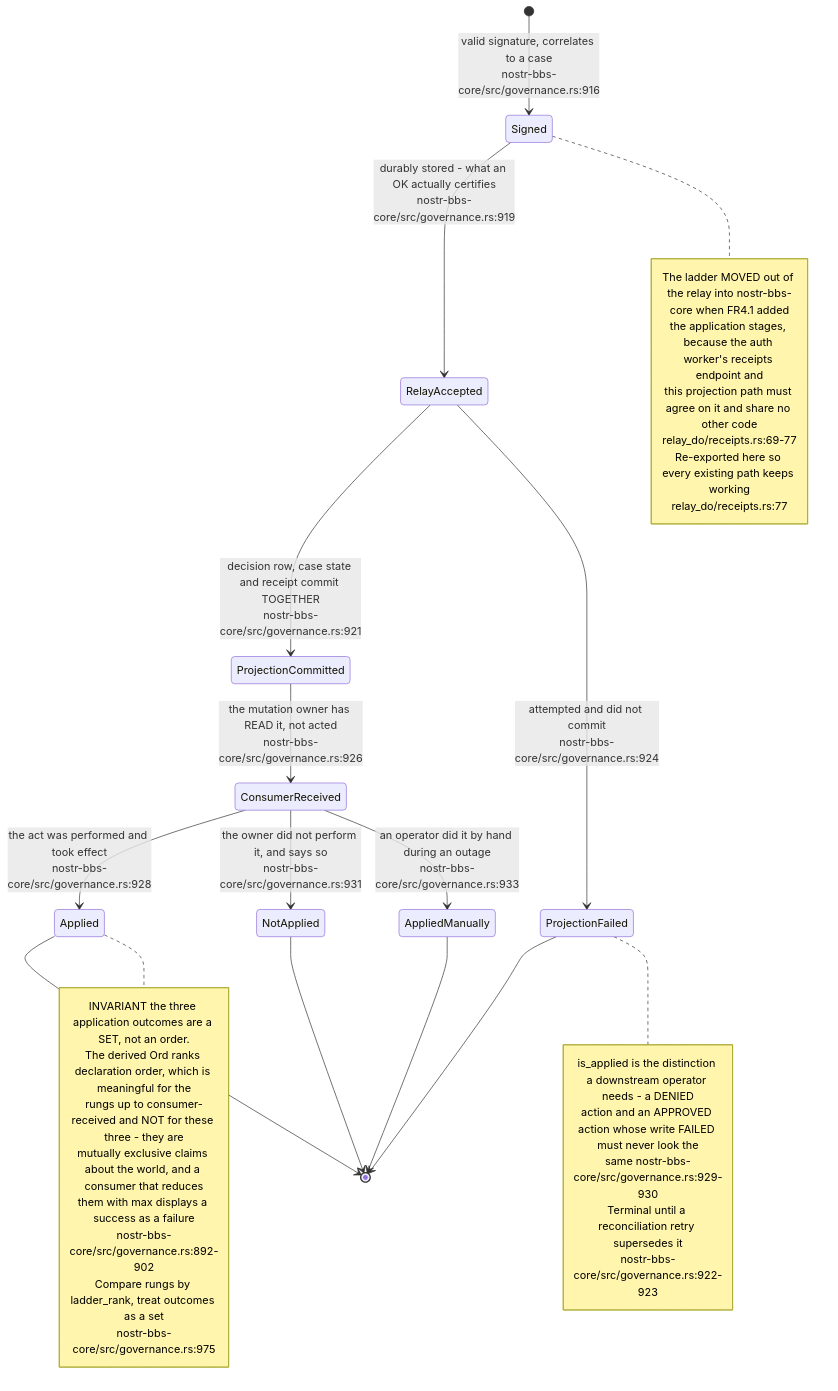
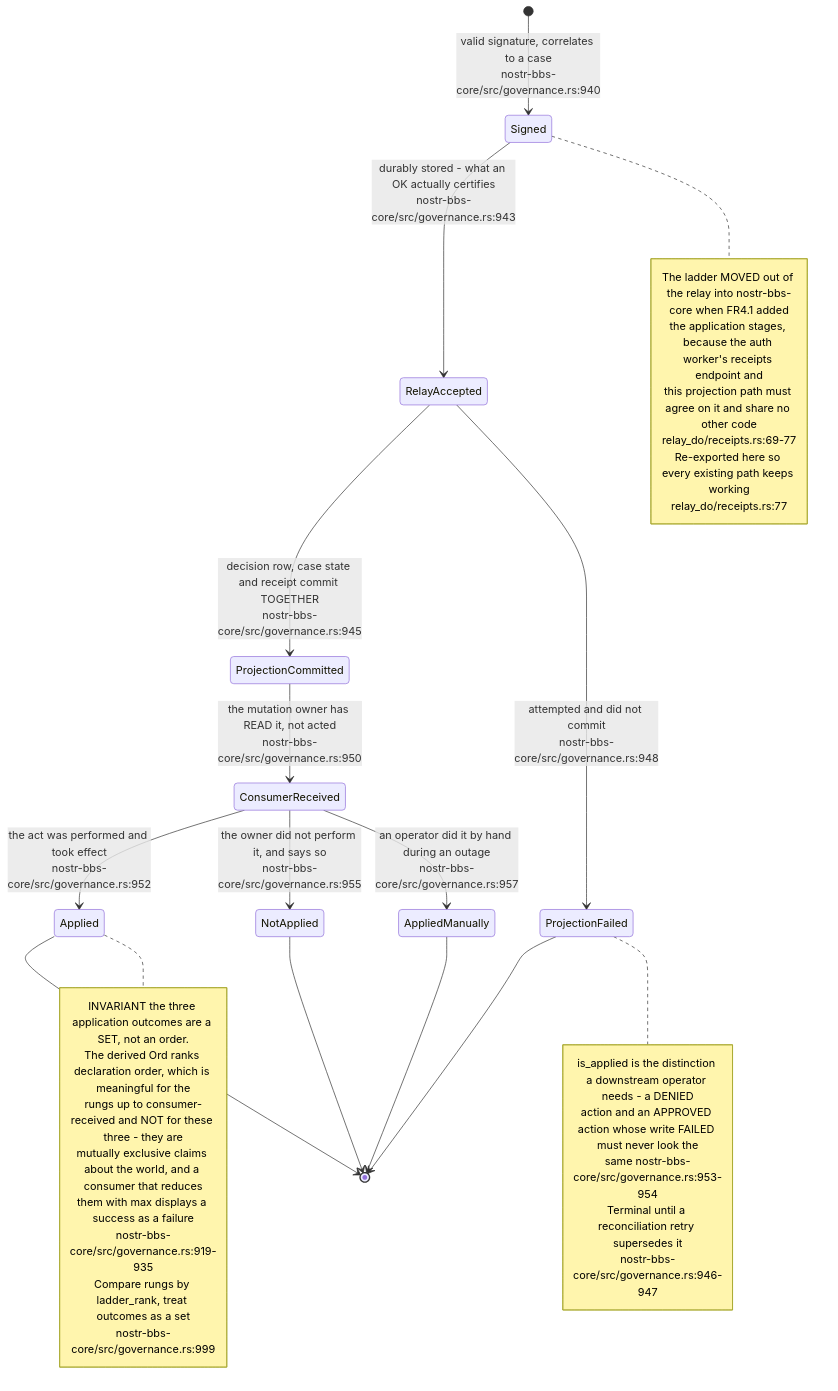
Before and after one commit to DreamLab-AI/VisionFlow: the eighth of 16 diagrams in docs/diagrams/nostr-rust-forum/11-relay-durable-object-internals.md, drawn with Mermaid. The commit also changed other lines of this file and 111 other files, not shown here.

Commit message:
docs(diagrams): align estate maps with current source

````diff
--- a/docs/diagrams/nostr-rust-forum/11-relay-durable-object-internals.md
+++ b/docs/diagrams/nostr-rust-forum/11-relay-durable-object-internals.md
@@ -241,41 +241,41 @@
 ```mermaid
 stateDiagram-v2
-    [*] --> Signed: valid signature, correlates to a case<br/>nostr-bbs-core/src/governance.rs:916
-    Signed --> RelayAccepted: durably stored - what an OK actually certifies<br/>nostr-bbs-core/src/governance.rs:919
-    RelayAccepted --> ProjectionCommitted: decision row, case state and receipt commit TOGETHER<br/>nostr-bbs-core/src/governance.rs:921
-    RelayAccepted --> ProjectionFailed: attempted and did not commit<br/>nostr-bbs-core/src/governance.rs:924
-    ProjectionCommitted --> ConsumerReceived: the mutation owner has READ it, not acted<br/>nostr-bbs-core/src/governance.rs:926
-    ConsumerReceived --> Applied: the act was performed and took effect<br/>nostr-bbs-core/src/governance.rs:928
-    ConsumerReceived --> NotApplied: the owner did not perform it, and says so<br/>nostr-bbs-core/src/governance.rs:931
-    ConsumerReceived --> AppliedManually: an operator did it by hand during an outage<br/>nostr-bbs-core/src/governance.rs:933
+    [*] --> Signed: valid signature, correlates to a case<br/>nostr-bbs-core/src/governance.rs:940
+    Signed --> RelayAccepted: durably stored - what an OK actually certifies<br/>nostr-bbs-core/src/governance.rs:943
+    RelayAccepted --> ProjectionCommitted: decision row, case state and receipt commit TOGETHER<br/>nostr-bbs-core/src/governance.rs:945
+    RelayAccepted --> ProjectionFailed: attempted and did not commit<br/>nostr-bbs-core/src/governance.rs:948
+    ProjectionCommitted --> ConsumerReceived: the mutation owner has READ it, not acted<br/>nostr-bbs-core/src/governance.rs:950
+    ConsumerReceived --> Applied: the act was performed and took effect<br/>nostr-bbs-core/src/governance.rs:952
+    ConsumerReceived --> NotApplied: the owner did not perform it, and says so<br/>nostr-bbs-core/src/governance.rs:955
+    ConsumerReceived --> AppliedManually: an operator did it by hand during an outage<br/>nostr-bbs-core/src/governance.rs:957
     Applied --> [*]
     NotApplied --> [*]
     AppliedManually --> [*]
     ProjectionFailed --> [*]
 
     note right of Signed
         The ladder MOVED out of the relay into nostr-bbs-core when FR4.1 added
         the application stages, because the auth worker's receipts endpoint and
         this projection path must agree on it and share no other code
         relay_do/receipts.rs:69-77
         Re-exported here so every existing path keeps working
         relay_do/receipts.rs:77
     end note
     note right of ProjectionFailed
         is_applied is the distinction a downstream operator needs - a DENIED
         action and an APPROVED action whose write FAILED must never look the
-        same nostr-bbs-core/src/governance.rs:929-930
+        same nostr-bbs-core/src/governance.rs:953-954
         Terminal until a reconciliation retry supersedes it
-        nostr-bbs-core/src/governance.rs:922-923
+        nostr-bbs-core/src/governance.rs:946-947
     end note
     note right of Applied
         INVARIANT the three application outcomes are a SET, not an order.
         The derived Ord ranks declaration order, which is meaningful for the
         rungs up to consumer-received and NOT for these three - they are
         mutually exclusive claims about the world, and a consumer that reduces
         them with max displays a success as a failure
-        nostr-bbs-core/src/governance.rs:892-902
+        nostr-bbs-core/src/governance.rs:919-935
         Compare rungs by ladder_rank, treat outcomes as a set
-        nostr-bbs-core/src/governance.rs:975
+        nostr-bbs-core/src/governance.rs:999
     end note
 ```
````
